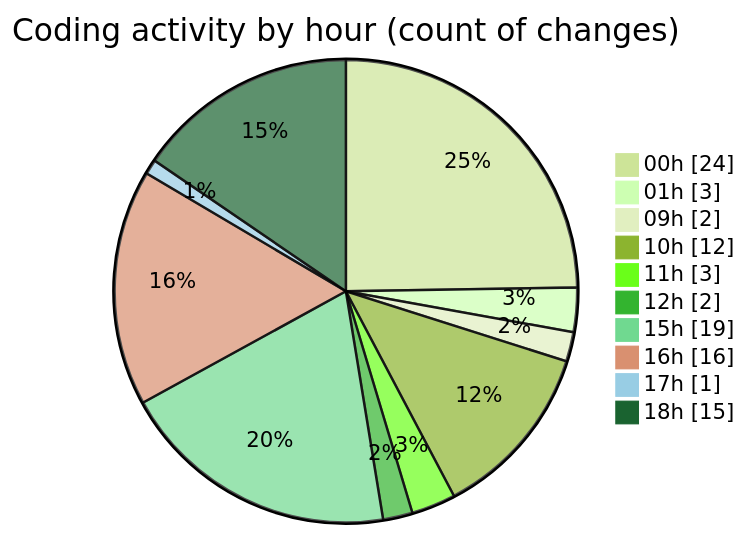
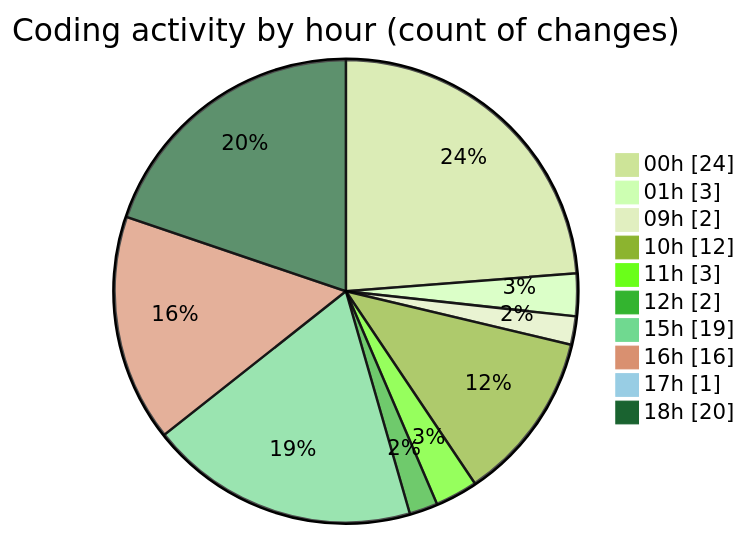
The second of 2 diagrams in 2025-11-24/eventscop-frontend-guide__workspace_/README.md (julien-gomy/code-tracking), drawn with Mermaid (forest theme) before and after one commit. The commit also changed other lines of this file and 1 other file, not shown here.

````diff
--- a/2025-11-24/eventscop-frontend-guide__workspace_/README.md
+++ b/2025-11-24/eventscop-frontend-guide__workspace_/README.md
@@ -51,14 +52,14 @@
 ```mermaid
 pie showData
 title Coding activity by hour (count of changes)
 "00h" : 24
 "01h" : 3
 "09h" : 2
 "10h" : 12
 "11h" : 3
 "12h" : 2
 "15h" : 19
 "16h" : 16
 "17h" : 1
-"18h" : 15
+"18h" : 20
 ```
````
